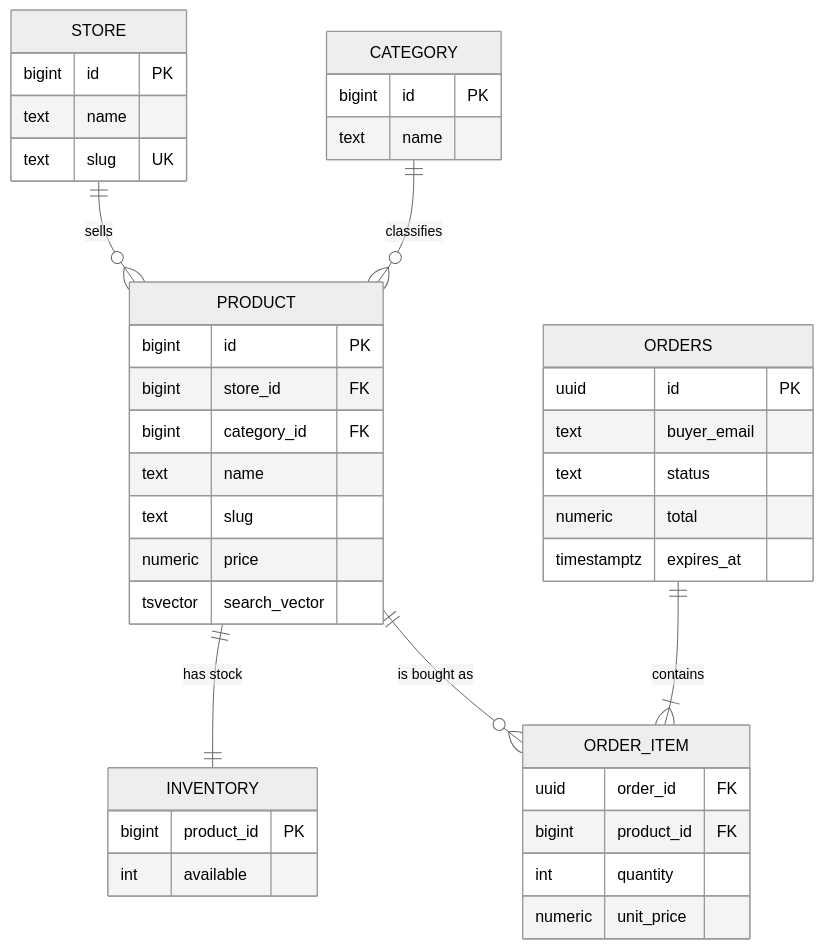
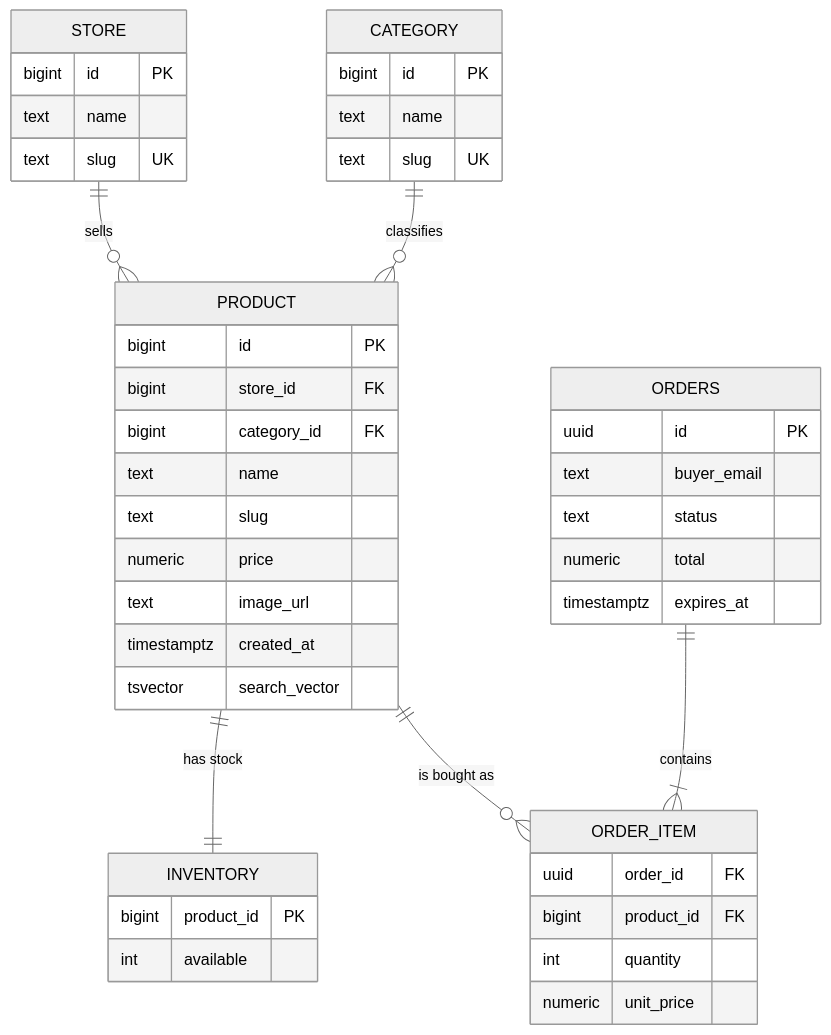
One commit to AnthonyGonzalez1/plaza-marketplace changed the fifth of 5 diagrams in docs/ARCHITECTURE.md. Above: the diagram before and after it, drawn with Mermaid (neutral theme).

Commit message:
docs: update commands and data model for catalog search

````diff
--- a/docs/ARCHITECTURE.md
+++ b/docs/ARCHITECTURE.md
@@ -109,44 +109,47 @@
 ```mermaid
 erDiagram
     STORE ||--o{ PRODUCT : sells
     CATEGORY ||--o{ PRODUCT : classifies
     PRODUCT ||--|| INVENTORY : "has stock"
     ORDERS ||--|{ ORDER_ITEM : contains
     PRODUCT ||--o{ ORDER_ITEM : "is bought as"
 
     STORE {
         bigint id PK
         text name
         text slug UK
     }
     CATEGORY {
         bigint id PK
         text name
+        text slug UK
     }
     PRODUCT {
         bigint id PK
         bigint store_id FK
         bigint category_id FK
         text name
         text slug
         numeric price
+        text image_url
+        timestamptz created_at
         tsvector search_vector
     }
     INVENTORY {
         bigint product_id PK
         int available
     }
     ORDERS {
         uuid id PK
         text buyer_email
         text status
         numeric total
         timestamptz expires_at
     }
     ORDER_ITEM {
         uuid order_id FK
         bigint product_id FK
         int quantity
         numeric unit_price
     }
 ```
````
